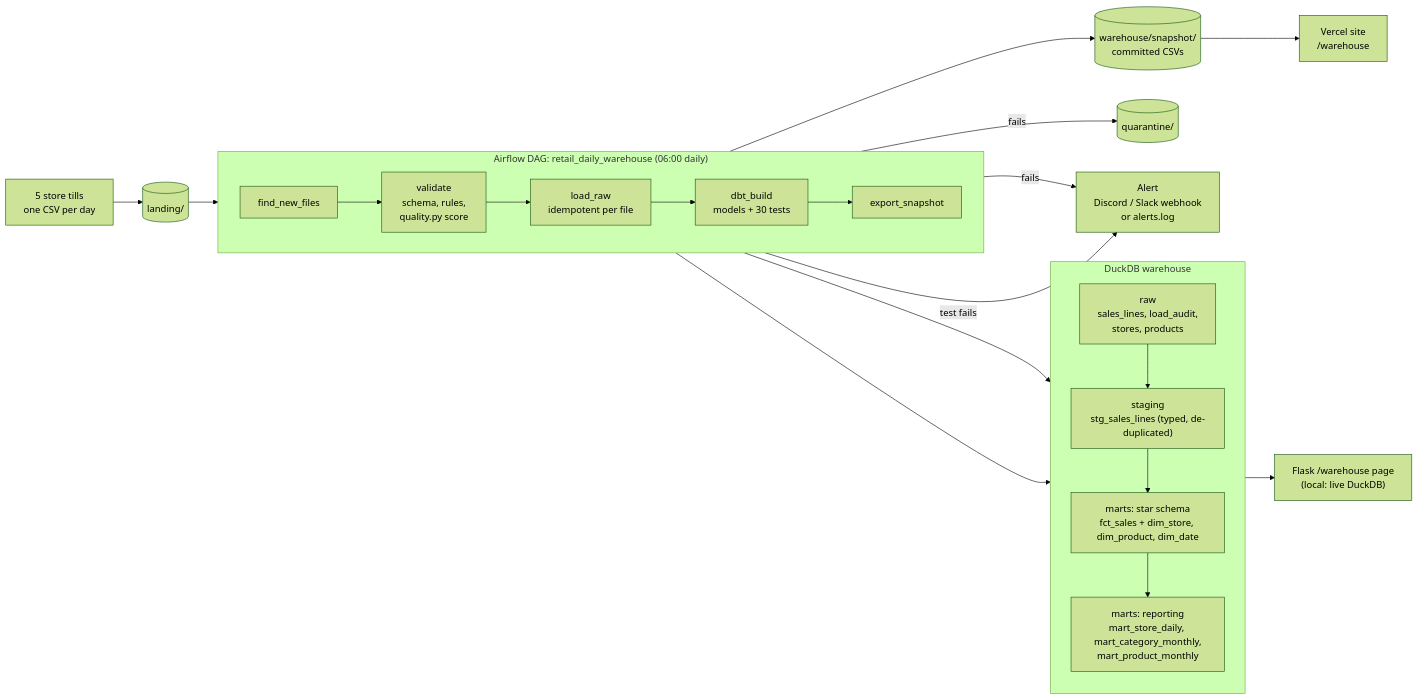
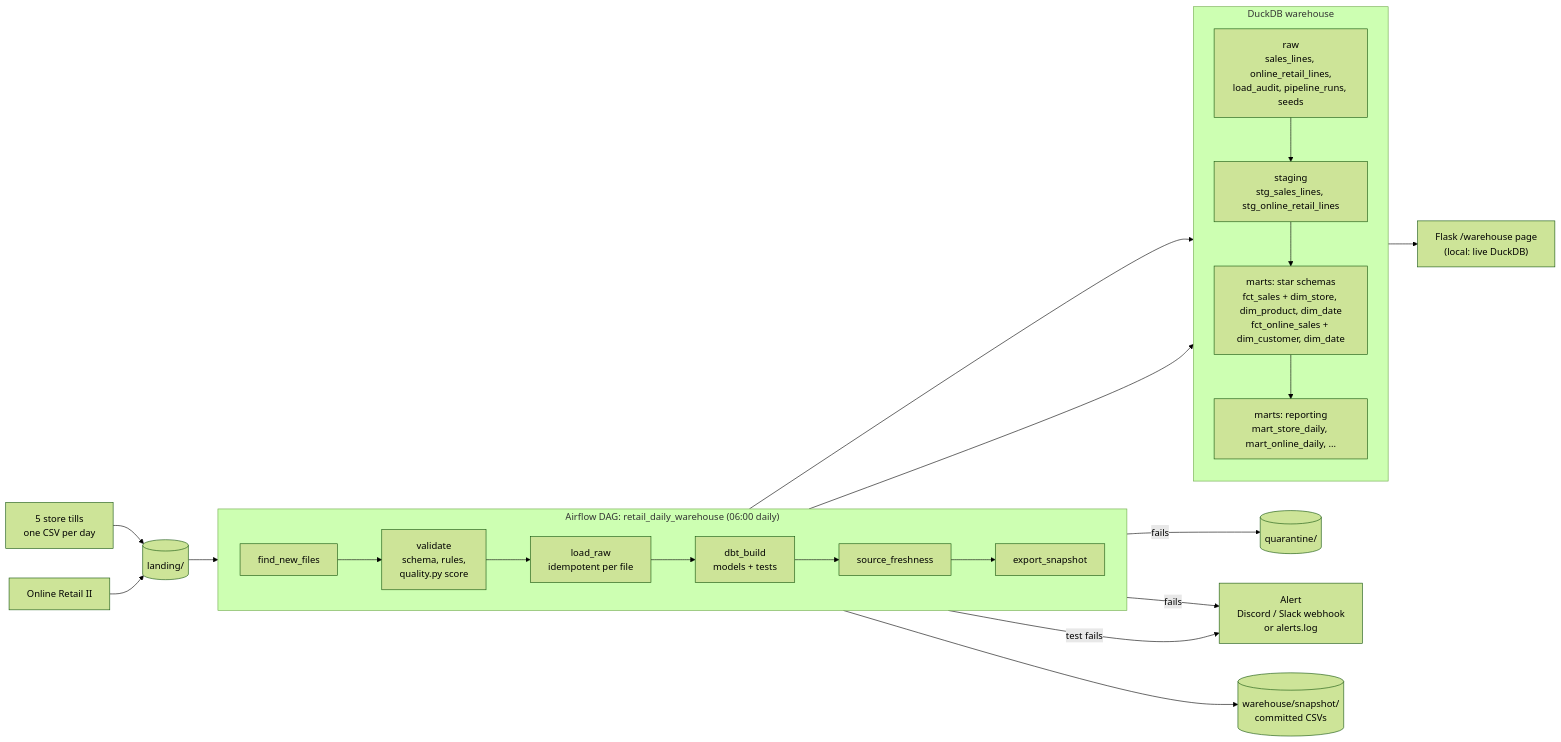
Before and after one commit to balamurugangethub/retail-sales-dashboard: the fifth of 6 diagrams in README.md, drawn with Mermaid (forest theme). The commit also changed other lines of this file and 42 other files, not shown here.

````diff
--- a/README.md
+++ b/README.md
@@ -368,26 +421,27 @@
 ```mermaid
 flowchart LR
     tills["5 store tills<br/>one CSV per day"] --> landing[("landing/")]
+    uci["Online Retail II"] --> landing
     subgraph airflow["Airflow DAG: retail_daily_warehouse (06:00 daily)"]
         direction LR
         find["find_new_files"] --> validate["validate<br/>schema, rules,<br/>quality.py score"]
         validate --> loadraw["load_raw<br/>idempotent per file"]
-        loadraw --> dbt["dbt_build<br/>models + 30 tests"]
-        dbt --> snap["export_snapshot"]
+        loadraw --> dbt["dbt_build<br/>models + tests"]
+        dbt --> fresh["source_freshness"]
+        fresh --> snap["export_snapshot"]
     end
     landing --> find
     validate -- "fails" --> quarantine[("quarantine/")]
     validate -- "fails" --> alert["Alert<br/>Discord / Slack webhook<br/>or alerts.log"]
     dbt -- "test fails" --> alert
     subgraph duck["DuckDB warehouse"]
         direction TB
-        raw["raw<br/>sales_lines, load_audit,<br/>stores, products"] --> stg["staging<br/>stg_sales_lines (typed, de-duplicated)"]
-        stg --> star["marts: star schema<br/>fct_sales + dim_store, dim_product, dim_date"]
-        star --> rep["marts: reporting<br/>mart_store_daily, mart_category_monthly,<br/>mart_product_monthly"]
+        raw["raw<br/>sales_lines, online_retail_lines,<br/>load_audit, pipeline_runs, seeds"] --> stg["staging<br/>stg_sales_lines, stg_online_retail_lines"]
+        stg --> star["marts: star schemas<br/>fct_sales + dim_store, dim_product, dim_date<br/>fct_online_sales + dim_customer, dim_date"]
+        star --> rep["marts: reporting<br/>mart_store_daily, mart_online_daily, ..."]
     end
     loadraw --> raw
     dbt --> stg
     rep --> page["Flask /warehouse page<br/>(local: live DuckDB)"]
     snap --> snapshot[("warehouse/snapshot/<br/>committed CSVs")]
-    snapshot --> vercel["Vercel site<br/>/warehouse"]
 ```
````
